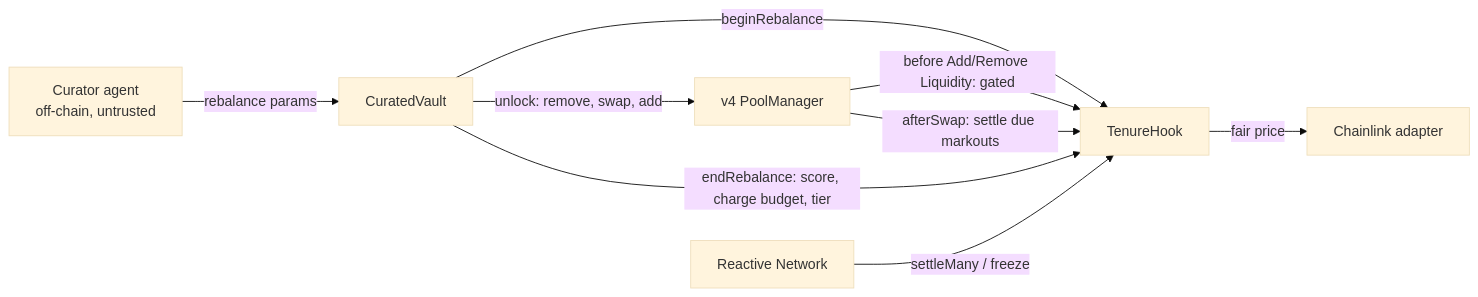
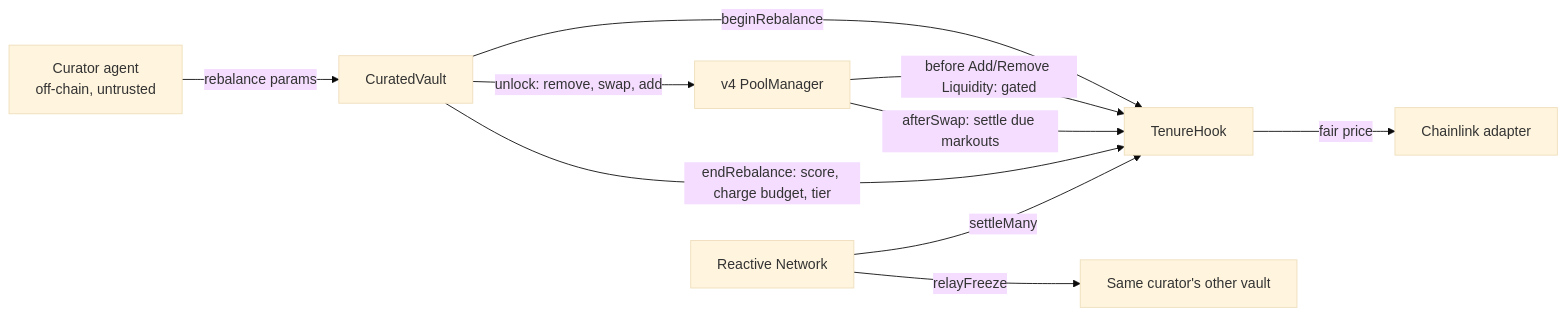
The diagram in README.md (Cephei18/tenure), drawn with Mermaid (base theme) before and after one commit. The commit also changed other lines of this file, not shown here.

````diff
--- a/README.md
+++ b/README.md
@@ -66,11 +78,12 @@
 ```mermaid
 flowchart LR
   C[Curator agent<br/>off-chain, untrusted] -->|rebalance params| V[CuratedVault]
   V -->|beginRebalance| H[TenureHook]
   V -->|unlock: remove, swap, add| PM[v4 PoolManager]
   PM -->|before Add/Remove Liquidity: gated| H
   PM -->|afterSwap: settle due markouts| H
   H -->|fair price| O[Chainlink adapter]
   V -->|endRebalance: score, charge budget, tier| H
-  R[Reactive Network] -->|settleMany / freeze| H
+  R[Reactive Network] -->|settleMany| H
+  R -->|relayFreeze| V2[Same curator's other vault]
 ```
````
